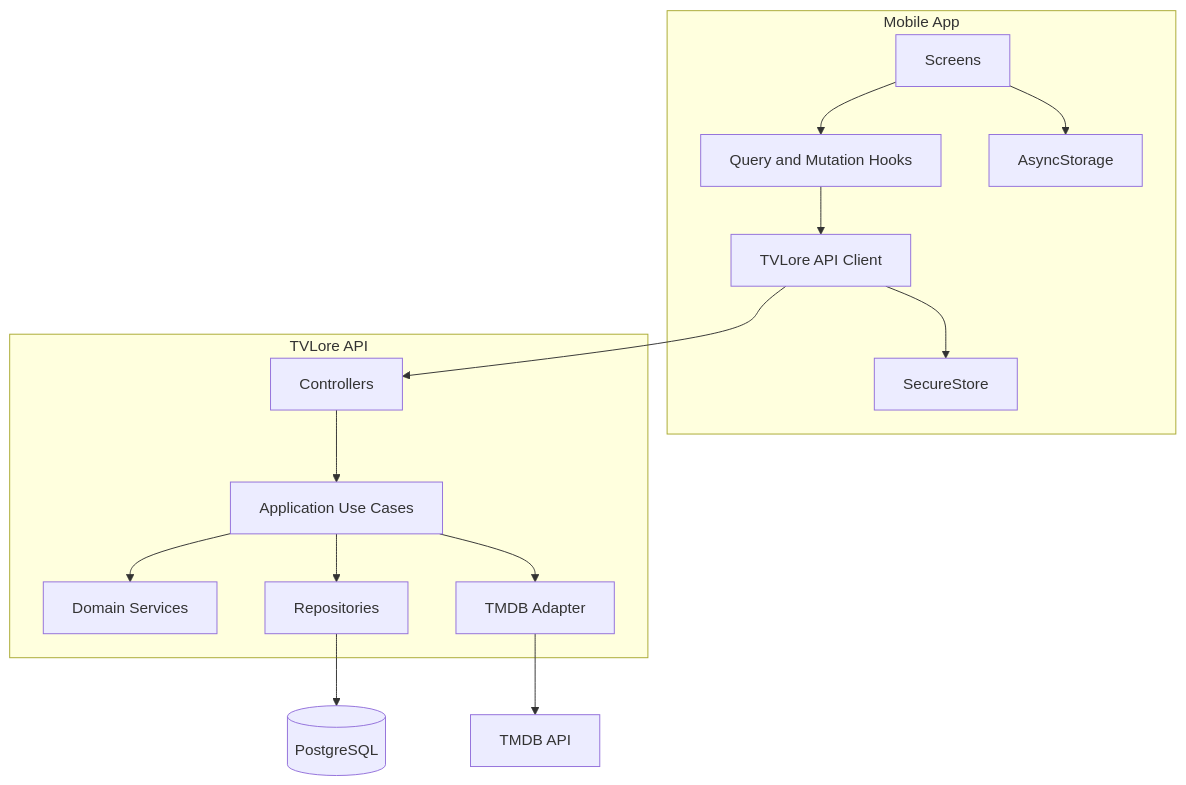
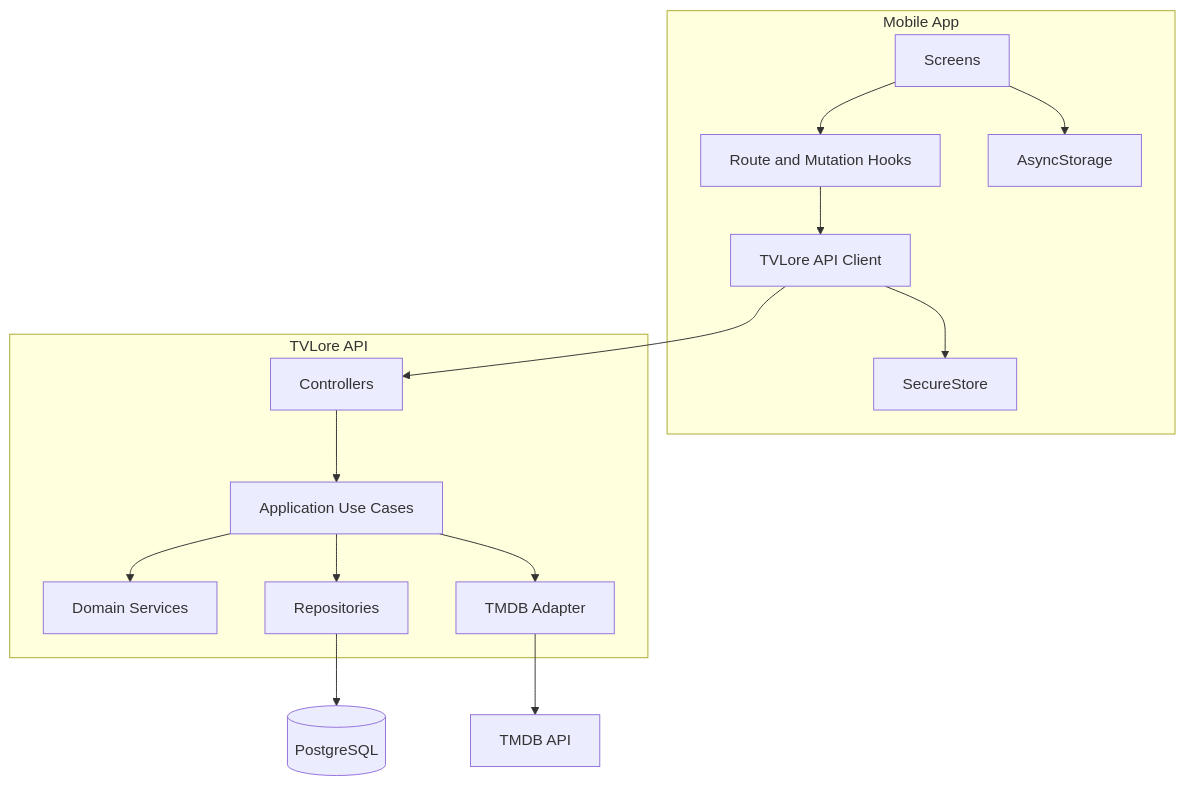
The second of 13 diagrams in docs/diagrams.md (luiskabal/tvlore), drawn with Mermaid before and after one commit. The commit also changed other lines of this file and 8 other files, not shown here.

````diff
--- a/docs/diagrams.md
+++ b/docs/diagrams.md
@@ -26,33 +26,33 @@
 ```mermaid
 flowchart TB
   subgraph MobileApp[Mobile App]
     Screens[Screens]
-    Hooks[Query and Mutation Hooks]
+    Hooks[Route and Mutation Hooks]
     ApiClient[TVLore API Client]
     SecureStore[SecureStore]
     AsyncStorage[AsyncStorage]
   end
 
   subgraph Backend[TVLore API]
     Controllers[Controllers]
     UseCases[Application Use Cases]
     Domain[Domain Services]
     Repos[Repositories]
     TmdbAdapter[TMDB Adapter]
   end
 
   DB[(PostgreSQL)]
   TMDB[TMDB API]
 
   Screens --> Hooks
   Hooks --> ApiClient
   ApiClient --> Controllers
   Controllers --> UseCases
   UseCases --> Domain
   UseCases --> Repos
   UseCases --> TmdbAdapter
   Repos --> DB
   TmdbAdapter --> TMDB
   ApiClient --> SecureStore
   Screens --> AsyncStorage
 ```
````
